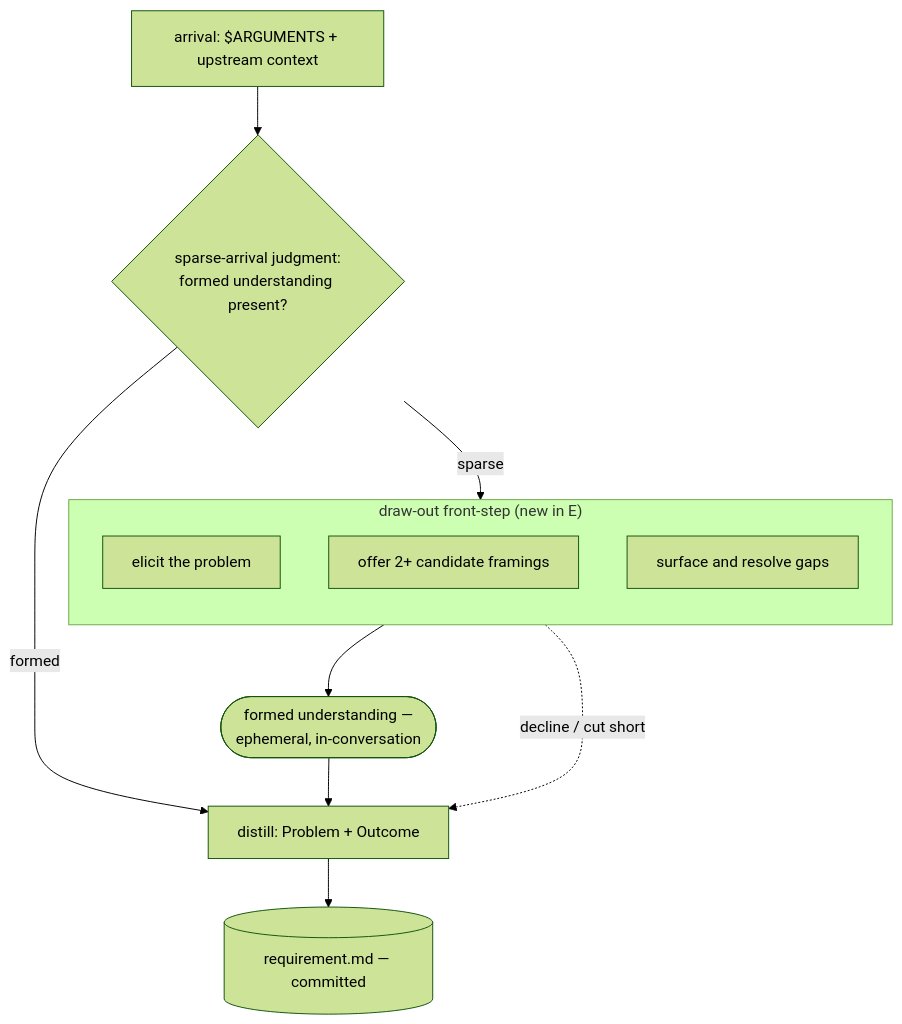
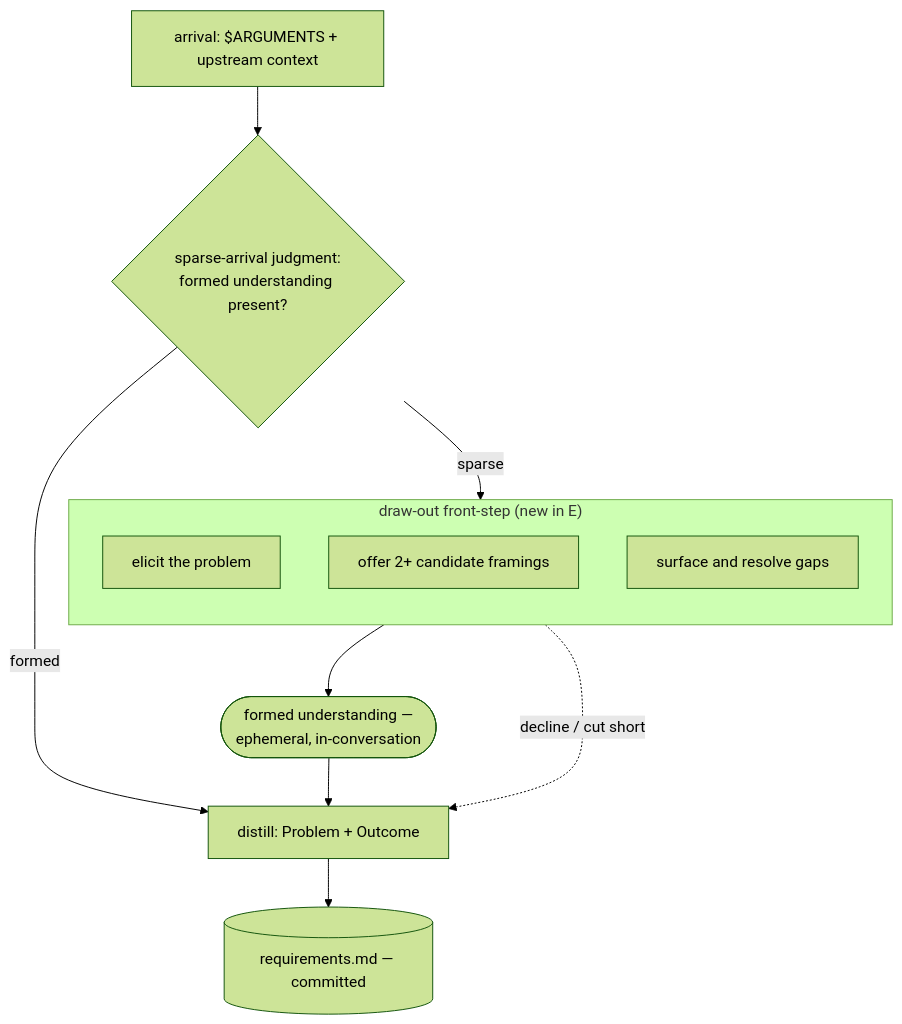
The diagram in docs/features/260620-sparse-arrival-drawout/design.md (mynghn/leanplan), drawn with Mermaid (forest theme) before and after one commit. The commit also changed other lines of this file and 51 other files, not shown here.

````diff
--- a/docs/features/260620-sparse-arrival-drawout/design.md
+++ b/docs/features/260620-sparse-arrival-drawout/design.md
@@ -7,22 +7,22 @@
 ```mermaid
 flowchart TD
     IN["arrival: $ARGUMENTS + upstream context"]
     G{"sparse-arrival judgment:<br/>formed understanding present?"}
     subgraph DO["draw-out front-step (new in E)"]
         direction TB
         E1["elicit the problem"]
         E2["offer 2+ candidate framings"]
         E3["surface and resolve gaps"]
     end
     U(["formed understanding —<br/>ephemeral, in-conversation"])
     DIST["distill: Problem + Outcome"]
-    OUT[("requirement.md — committed")]
+    OUT[("requirements.md — committed")]
 
     IN --> G
     G -- formed --> DIST
     G -- sparse --> DO
     DO --> U
     U --> DIST
     DO -. "decline / cut short" .-> DIST
     DIST --> OUT
 ```
````
